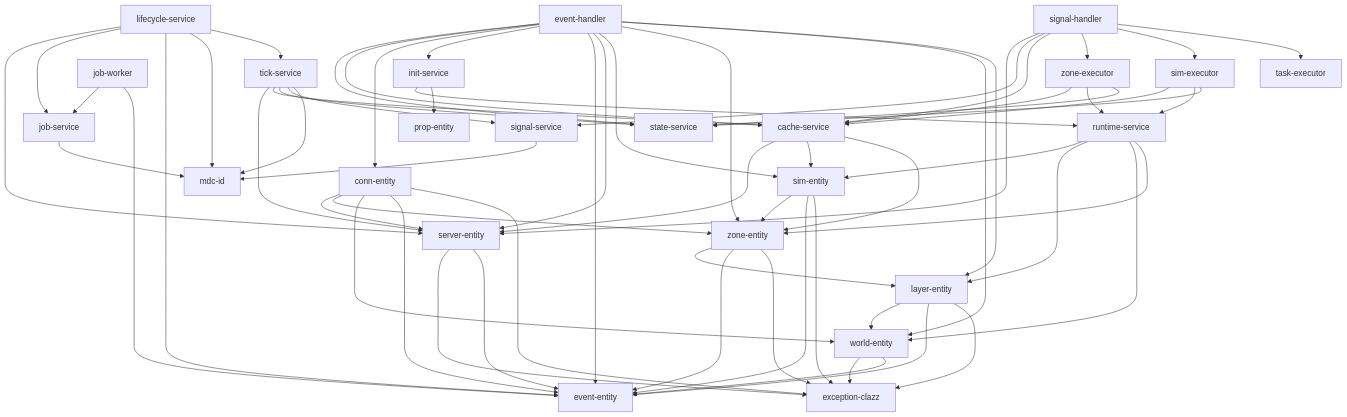
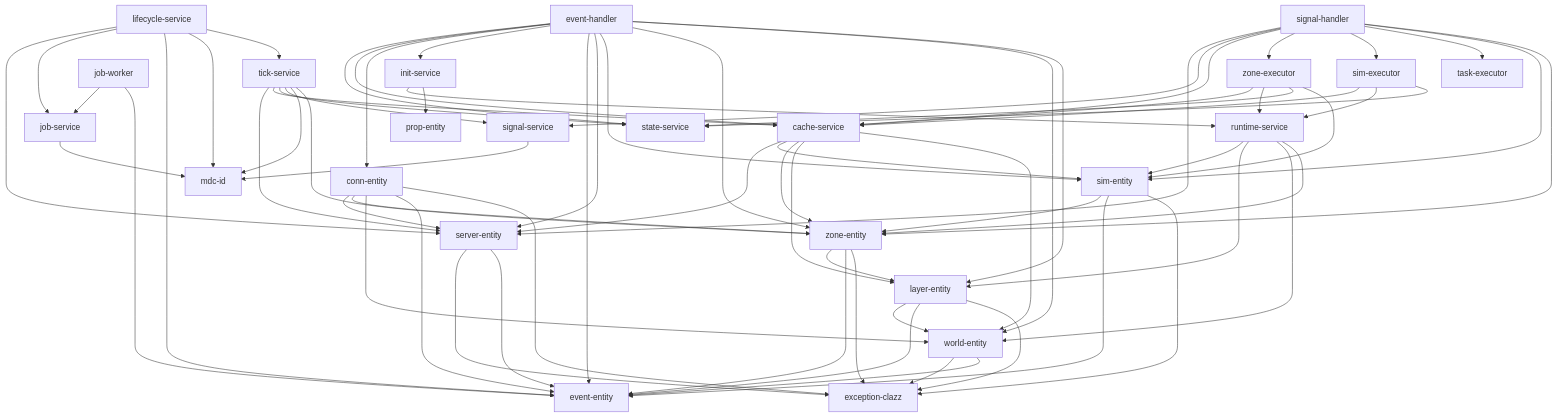
The diagram in MODULES.md (crionuke/omgcluster), drawn with Mermaid before and after one commit. The commit also changed 25 other files, not shown here.

````diff
--- a/MODULES.md
+++ b/MODULES.md
@@ -23,6 +23,8 @@
     cache-service --> server-entity
     cache-service --> sim-entity
     cache-service --> zone-entity
+    cache-service --> layer-entity
+    cache-service --> world-entity
 
     runtime-service --> sim-entity
     runtime-service --> layer-entity
@@ -65,6 +67,7 @@
     zone-executor --> cache-service
     zone-executor --> runtime-service
     zone-executor --> state-service
+    zone-executor --> sim-entity
 
     signal-handler --> server-entity
     signal-handler --> signal-service
@@ -72,6 +75,8 @@
     signal-handler --> zone-executor
     signal-handler --> sim-executor
     signal-handler --> task-executor
+    signal-handler --> sim-entity
+    signal-handler --> zone-entity
 
     signal-service --> mdc-id
 
@@ -80,4 +85,5 @@
     tick-service --> state-service
     tick-service --> signal-service
     tick-service --> mdc-id
+    tick-service --> zone-entity
 ```
````
